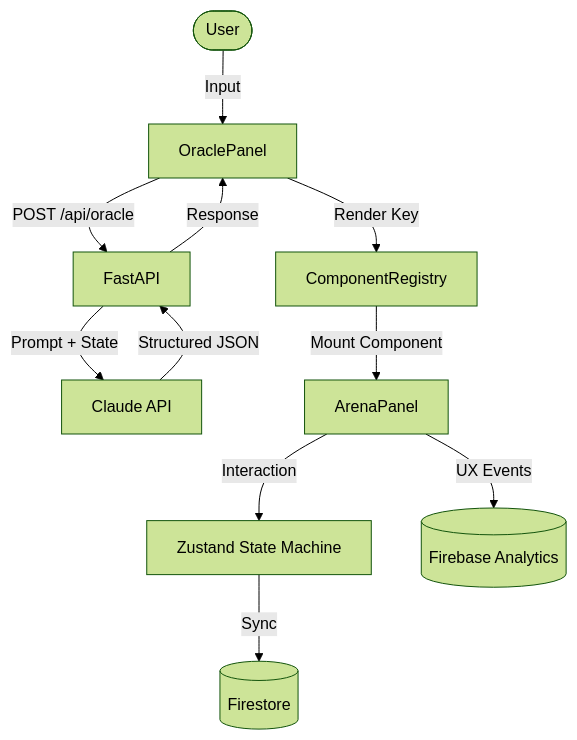
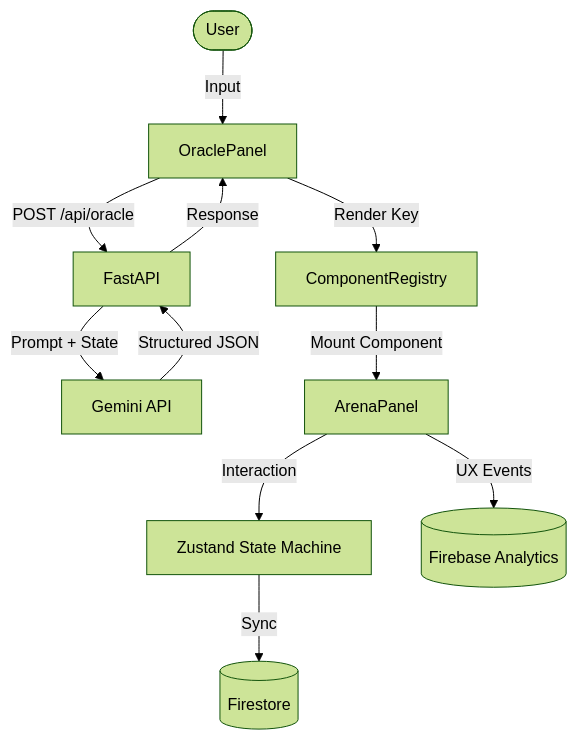
The diagram in README.md (Prajinx297/Electra), drawn with Mermaid (forest theme) before and after one commit. The commit also changed 5 other files, not shown here.

Commit message:
chore: migrate from claude to gemini, delete environment files

````diff
--- a/README.md
+++ b/README.md
@@ -22,13 +22,13 @@
 ```mermaid
 graph TD
     User([User]) -->|Input| OP[OraclePanel]
     OP -->|POST /api/oracle| FA[FastAPI]
-    FA -->|Prompt + State| CA[Claude API]
+    FA -->|Prompt + State| CA[Gemini API]
     CA -->|Structured JSON| FA
     FA -->|Response| OP
     OP -->|Render Key| CR[ComponentRegistry]
     CR -->|Mount Component| AP[ArenaPanel]
     AP -->|Interaction| ZS[Zustand State Machine]
     ZS -->|Sync| FS[(Firestore)]
     AP -->|UX Events| FB[(Firebase Analytics)]
 ```
````
